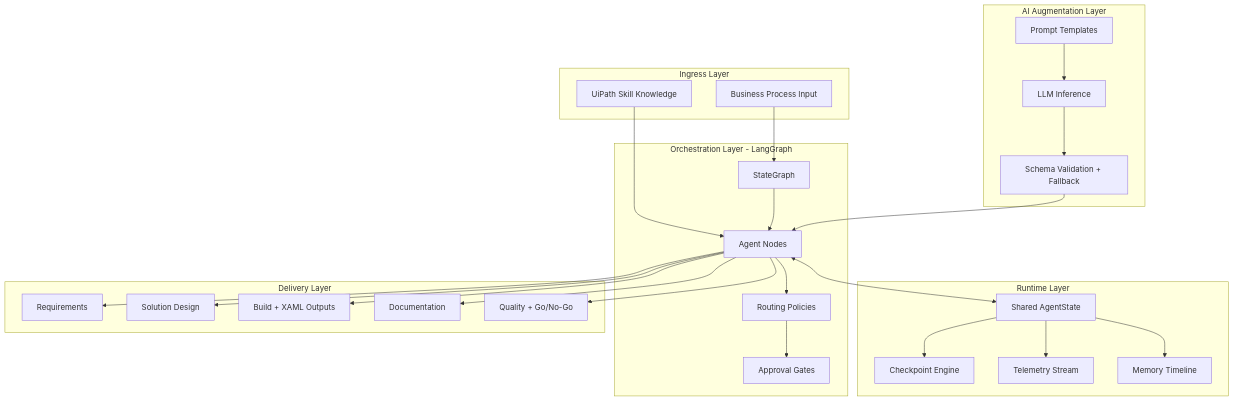
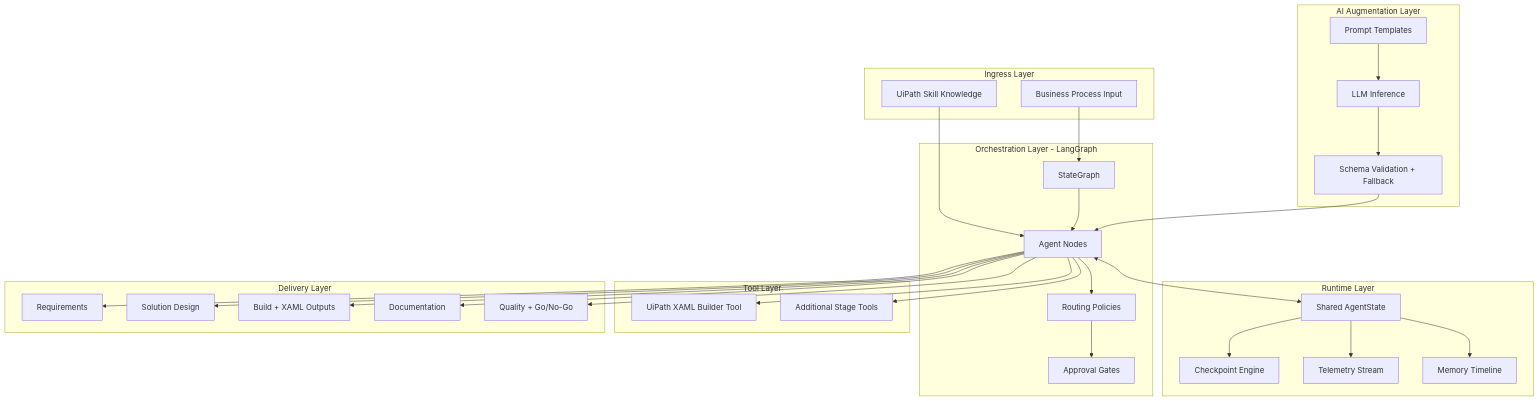
Before and after one commit to dag2932/uipath-multi-agent-system-public: the first of 3 diagrams in ARCHITECTURE.md, drawn with Mermaid. The commit also changed other lines of this file and 2 other files, not shown here.

Commit message:
Document tool-based agent composition model

````diff
--- a/ARCHITECTURE.md
+++ b/ARCHITECTURE.md
@@ -35,53 +47,60 @@
 ```mermaid
 flowchart TB
   subgraph Ingress[Ingress Layer]
     U[Business Process Input]
     K[UiPath Skill Knowledge]
   end
 
   subgraph Orchestration[Orchestration Layer - LangGraph]
     G[StateGraph]
     N[Agent Nodes]
     R[Routing Policies]
     A[Approval Gates]
   end
 
   subgraph Runtime[Runtime Layer]
     S[Shared AgentState]
     C[Checkpoint Engine]
     T[Telemetry Stream]
     M[Memory Timeline]
+  end
+
+  subgraph Tools[Tool Layer]
+    X[UiPath XAML Builder Tool]
+    TT[Additional Stage Tools]
   end
 
   subgraph Delivery[Delivery Layer]
     D1[Requirements]
     D2[Solution Design]
     D3[Build + XAML Outputs]
     D4[Documentation]
     D5[Quality + Go/No-Go]
   end
 
   subgraph OptionalAI[AI Augmentation Layer]
     P[Prompt Templates]
     L[LLM Inference]
     V[Schema Validation + Fallback]
   end
 
   U --> G
   K --> N
   G --> N
   N --> R
   R --> A
   N <--> S
+  N --> X
+  N --> TT
   S --> C
   S --> T
   S --> M
   N --> D1
   N --> D2
   N --> D3
   N --> D4
   N --> D5
   P --> L
   L --> V
   V --> N
 ```
````
